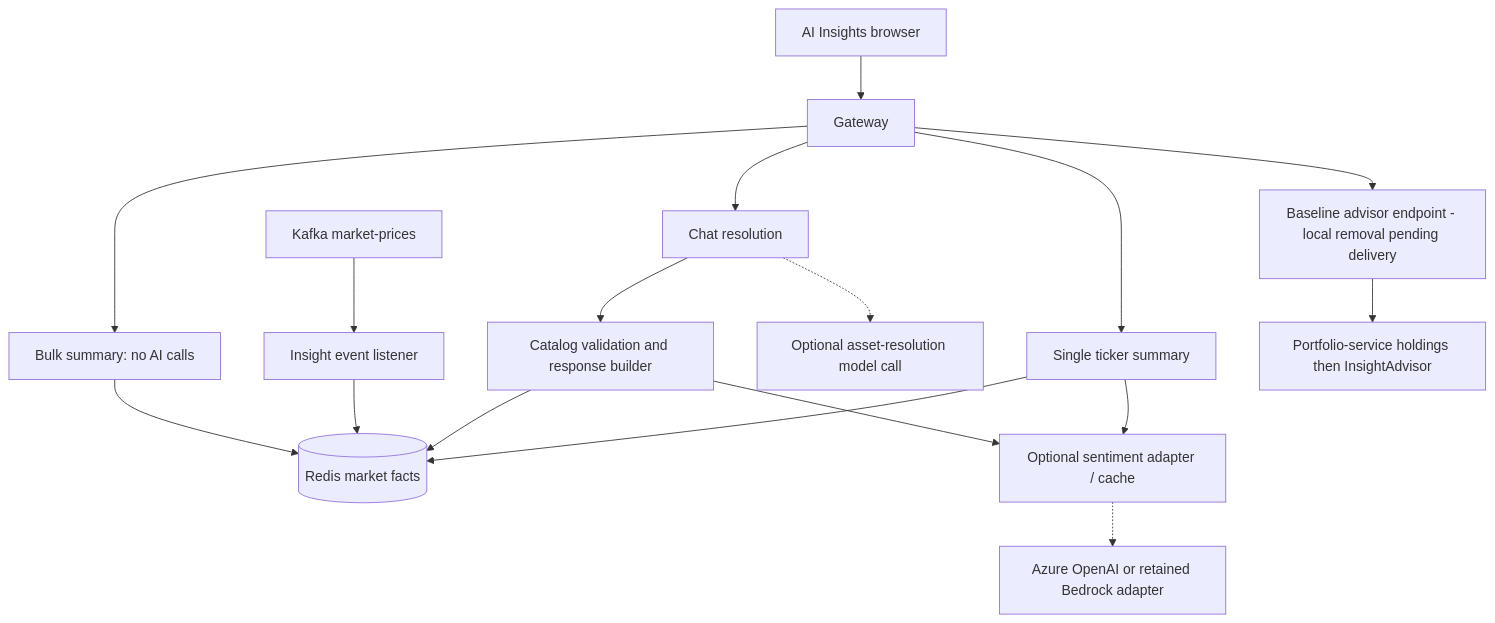
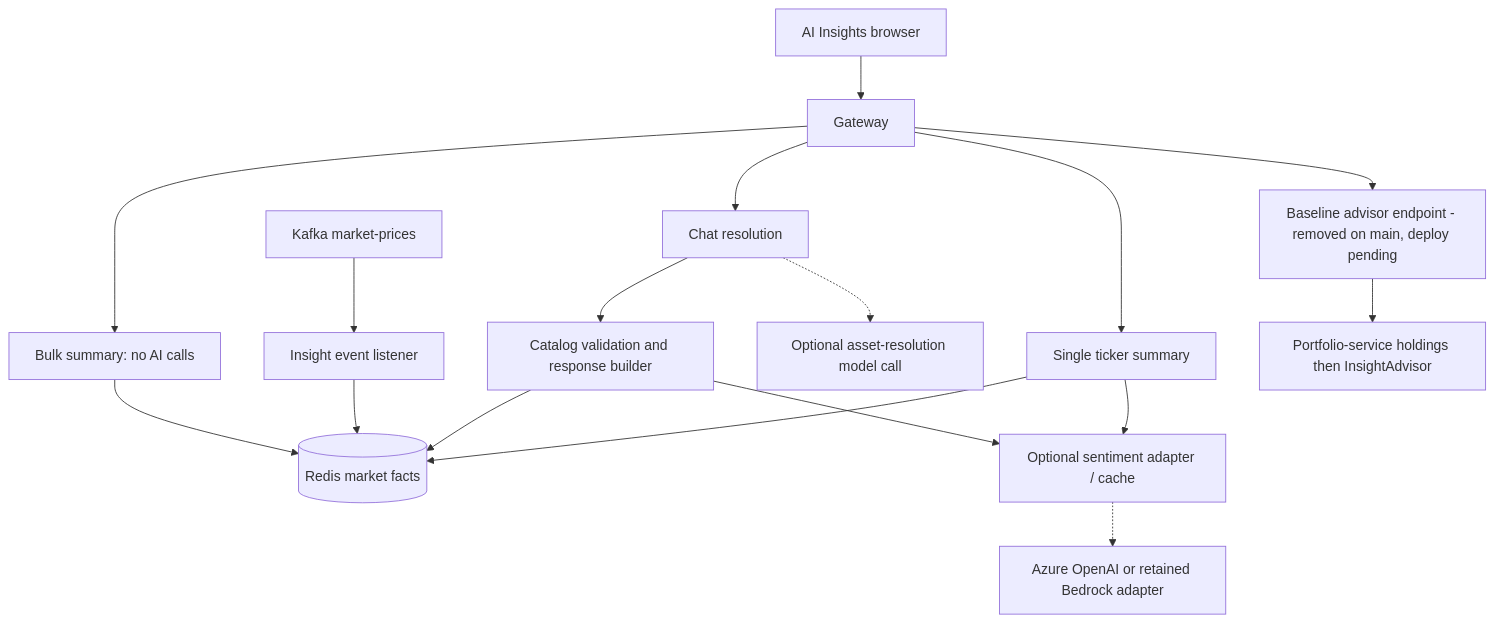
Before and after one commit to vibhanshu-agarwal/wealthmgmtandportfoliotracker: the diagram in docs/e2e-flows/insight-service-e2e.md, drawn with Mermaid. The commit also changed other lines of this file and 5 other files, not shown here.

Commit message:
docs: reconcile advisor IDOR merge and pending live gates

````diff
--- a/docs/e2e-flows/insight-service-e2e.md
+++ b/docs/e2e-flows/insight-service-e2e.md
@@ -162,19 +164,19 @@
 ```mermaid
 flowchart TD
     B[AI Insights browser] --> G[Gateway]
     G --> S[Bulk summary: no AI calls]
     G --> C[Chat resolution]
     G --> T[Single ticker summary]
     S --> R[(Redis market facts)]
     C --> V[Catalog validation and response builder]
     V --> R
     V --> A[Optional sentiment adapter / cache]
     T --> R
     T --> A
     C -.-> L[Optional asset-resolution model call]
     A -.-> O[Azure OpenAI or retained Bedrock adapter]
     K[Kafka market-prices] --> E[Insight event listener]
     E --> R
-    G --> P[Baseline advisor endpoint - local removal pending delivery]
+    G --> P[Baseline advisor endpoint - removed on main, deploy pending]
     P --> H[Portfolio-service holdings then InsightAdvisor]
 ```
````
